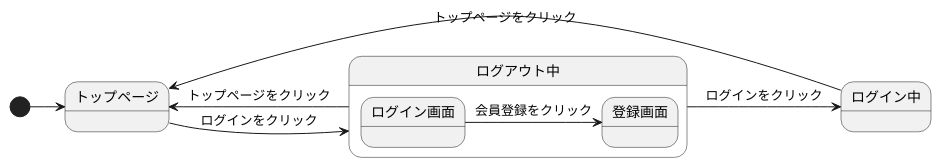
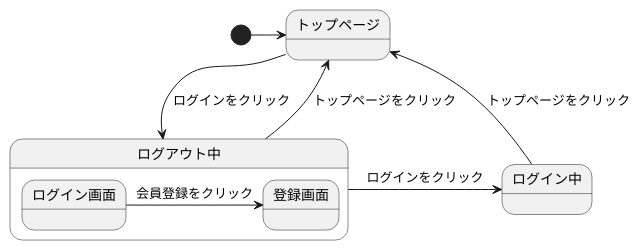
The diagram in gamen2.md (Aso2001409/2021sys-design), drawn with PlantUML before and after one commit.

````diff
--- a/gamen2.md
+++ b/gamen2.md
@@ -1,15 +1,15 @@
 ```uml
 @startuml
 [*]->トップページ
-トップページ->ログアウト中 :ログインをクリック
+トップページ-->ログアウト中 :ログインをクリック
 ログアウト中->トップページ :トップページをクリック
 ログイン中->トップページ :トップページをクリック
 state ログアウト中{
   ログイン画面->登録画面 :会員登録をクリック
 }
 ログアウト中->ログイン中 :ログインをクリック
 state ログイン中{
   
   }
 @enduml
 ```
````
